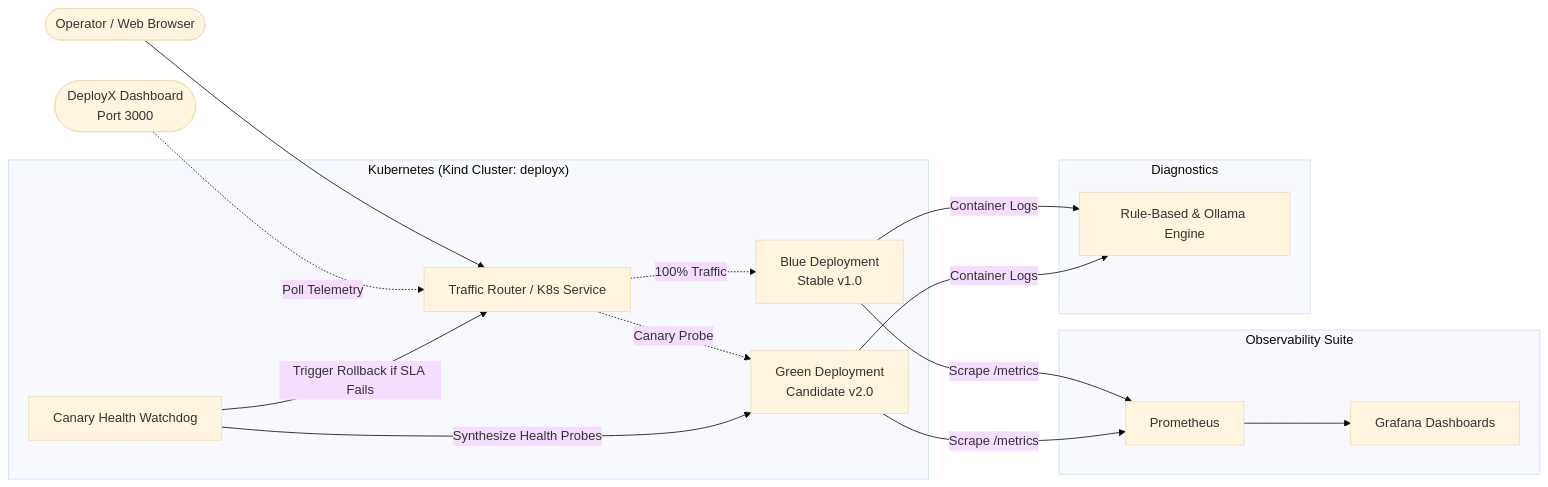
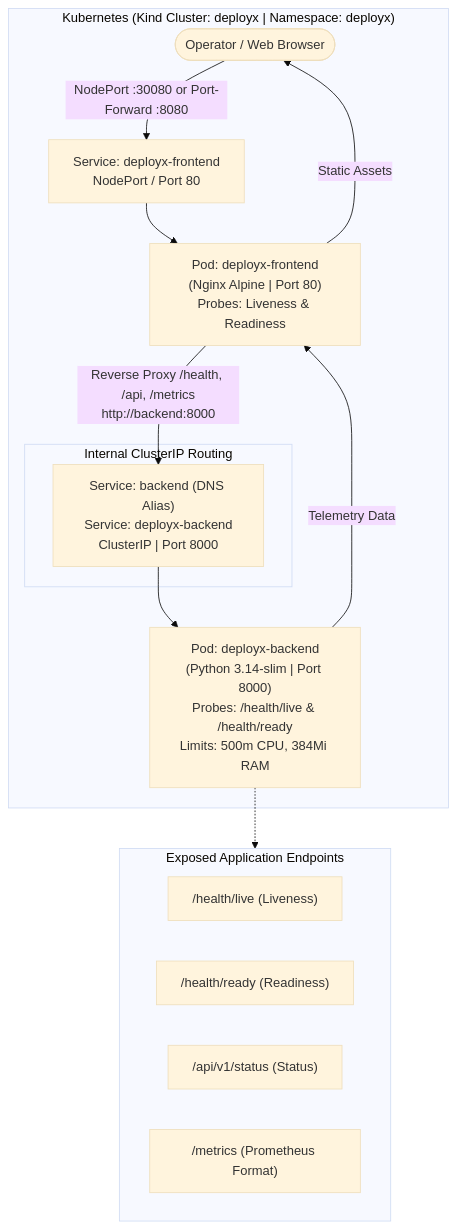
Before and after one commit to abhinavitgithub/DeployX: the diagram in README.md, drawn with Mermaid (base theme). The commit also changed other lines of this file and 7 other files, not shown here.

Commit message:
feat: deploy DeployX to Kubernetes with Kind

````diff
--- a/README.md
+++ b/README.md
@@ -31,22 +44,28 @@
 ```mermaid
-flowchart LR
-    Client([Operator / Web Browser]) --> Router[Traffic Router / K8s Service]
-    Frontend([DeployX Dashboard<br/>Port 3000]) -. Poll Telemetry .-> Router
-    
-    subgraph K8s["Kubernetes (Kind Cluster: deployx)"]
-        Router -. 100% Traffic .-> Blue[Blue Deployment<br/>Stable v1.0]
-        Router -. Canary Probe .-> Green[Green Deployment<br/>Candidate v2.0]
-        
-        Watchdog[Canary Health Watchdog] -->|Synthesize Health Probes| Green
-        Watchdog -->|Trigger Rollback if SLA Fails| Router
+flowchart TD
+    Client([Operator / Web Browser]) -->|NodePort :30080 or Port-Forward :8080| FE_SVC[Service: deployx-frontend<br/>NodePort / Port 80]
+
+    subgraph K8s["Kubernetes (Kind Cluster: deployx | Namespace: deployx)"]
+        FE_SVC --> FE_POD["Pod: deployx-frontend<br/>(Nginx Alpine | Port 80)<br/>Probes: Liveness & Readiness"]
+
+        FE_POD -->|Static Assets| Client
+        FE_POD -->|Reverse Proxy /health, /api, /metrics<br/>http://backend:8000| BE_SVC
+
+        subgraph Services["Internal ClusterIP Routing"]
+            BE_SVC["Service: backend (DNS Alias)<br/>Service: deployx-backend<br/>ClusterIP | Port 8000"]
+        end
+
+        BE_SVC --> BE_POD["Pod: deployx-backend<br/>(Python 3.14-slim | Port 8000)<br/>Probes: /health/live & /health/ready<br/>Limits: 500m CPU, 384Mi RAM"]
+
+        BE_POD -->|Telemetry Data| FE_POD
     end
-    
-    subgraph Observability["Observability Suite"]
-        Blue & Green -->|Scrape /metrics| Prom[Prometheus]
-        Prom --> Graf[Grafana Dashboards]
+
+    subgraph DeployedEndpoints["Exposed Application Endpoints"]
+        E1["/health/live (Liveness)"]
+        E2["/health/ready (Readiness)"]
+        E3["/api/v1/status (Status)"]
+        E4["/metrics (Prometheus Format)"]
     end
-    
-    subgraph Diagnostics["Diagnostics"]
-        Blue & Green -->|Container Logs| Diag[Rule-Based & Ollama Engine]
-    end
+
+    BE_POD -.-> DeployedEndpoints
 ```
````
